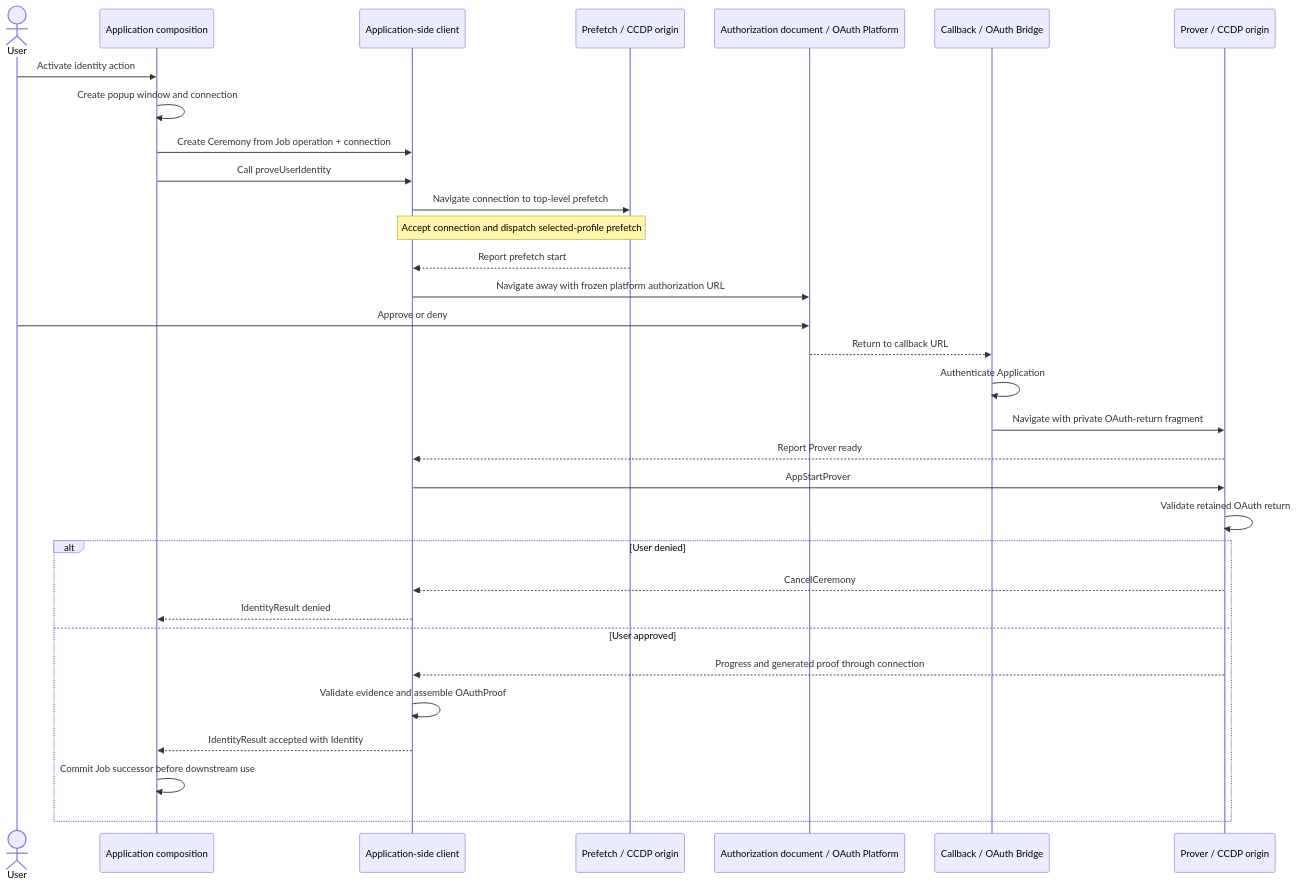
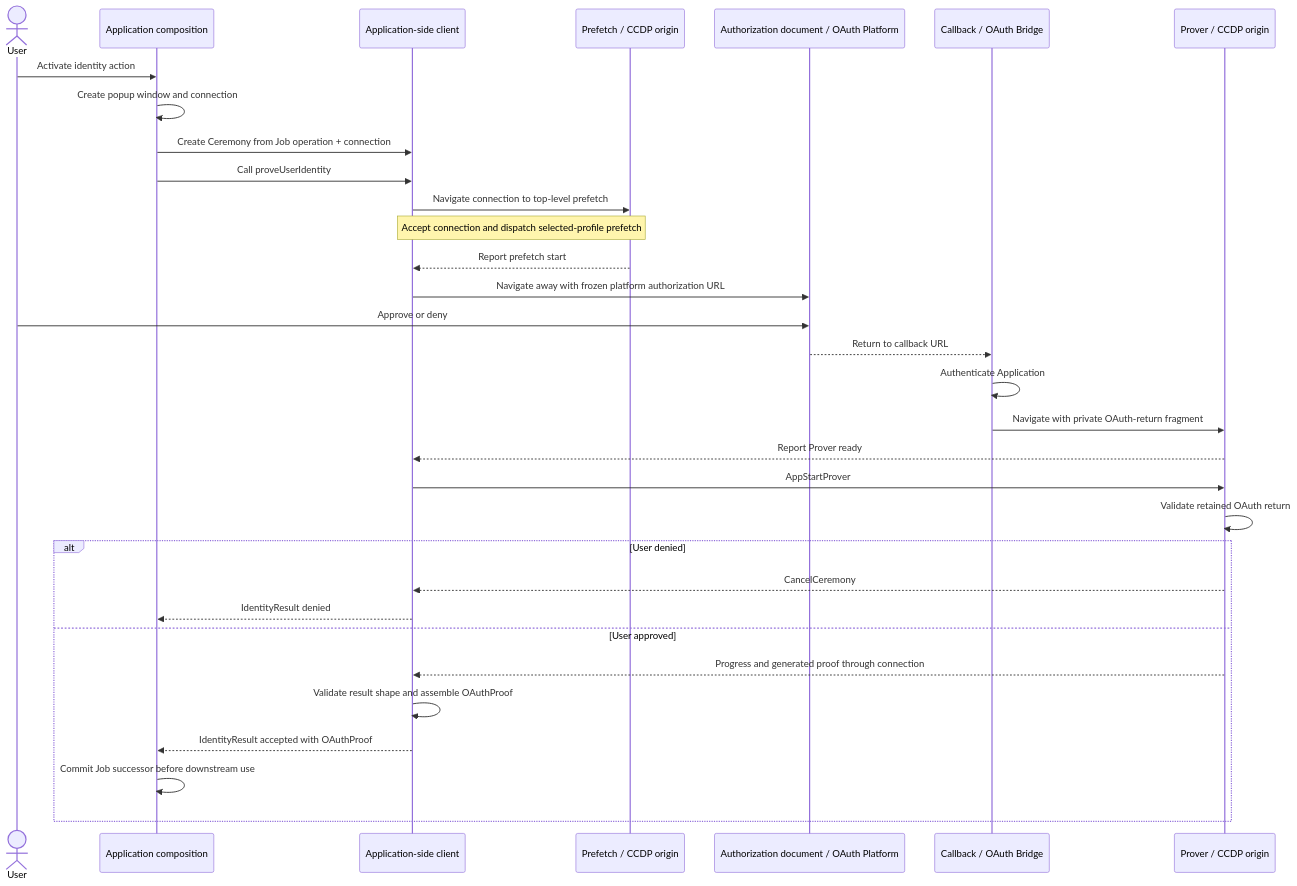
Before and after one commit to libid-org/libid: the diagram in ts/packages/ceremony/ARCHITECTURE.md, drawn with Mermaid. The commit also changed other lines of this file and 4 other files, not shown here.

````diff
--- a/ts/packages/ceremony/ARCHITECTURE.md
+++ b/ts/packages/ceremony/ARCHITECTURE.md
@@ -45,35 +45,35 @@
 ```mermaid
 sequenceDiagram
     actor U as User
     participant A as Application composition
     participant C as Application-side client
     participant F as Prefetch / CCDP origin
     participant O as Authorization document / OAuth Platform
     participant P as Callback / OAuth Bridge
     participant R as Prover / CCDP origin
 
     U->>A: Activate identity action
     A->>A: Create popup window and connection
     A->>C: Create Ceremony from Job operation + connection
     A->>C: Call proveUserIdentity
     C->>F: Navigate connection to top-level prefetch
     Note over C,F: Accept connection and dispatch selected-profile prefetch
     F-->>C: Report prefetch start
     C->>O: Navigate away with frozen platform authorization URL
     U->>O: Approve or deny
     O-->>P: Return to callback URL
     P->>P: Authenticate Application
     P->>R: Navigate with private OAuth-return fragment
     R-->>C: Report Prover ready
     C->>R: AppStartProver
     R->>R: Validate retained OAuth return
     alt User denied
         R-->>C: CancelCeremony
         C-->>A: IdentityResult denied
     else User approved
         R-->>C: Progress and generated proof through connection
-        C->>C: Validate evidence and assemble OAuthProof
-        C-->>A: IdentityResult accepted with Identity
+        C->>C: Validate result shape and assemble OAuthProof
+        C-->>A: IdentityResult accepted with OAuthProof
         A->>A: Commit Job successor before downstream use
     end
 ```
````
